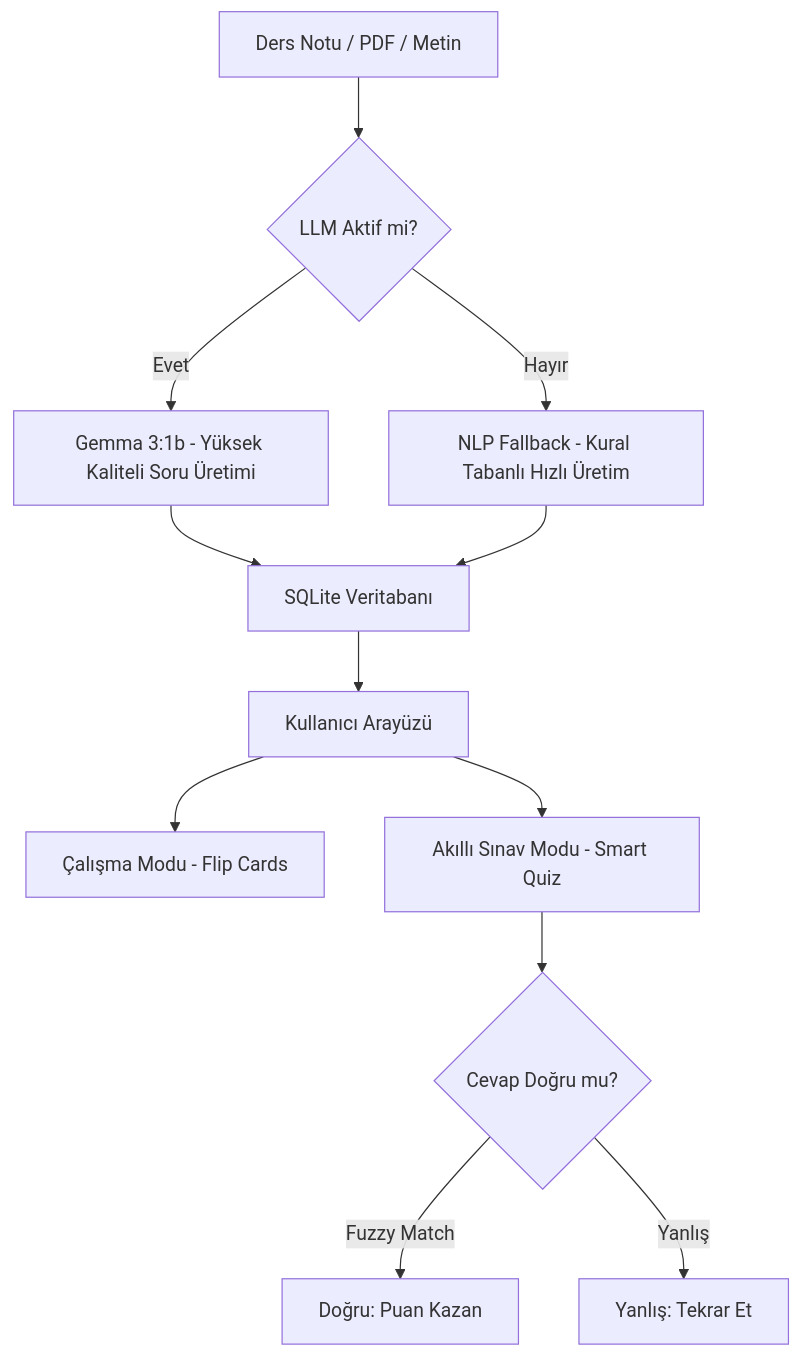
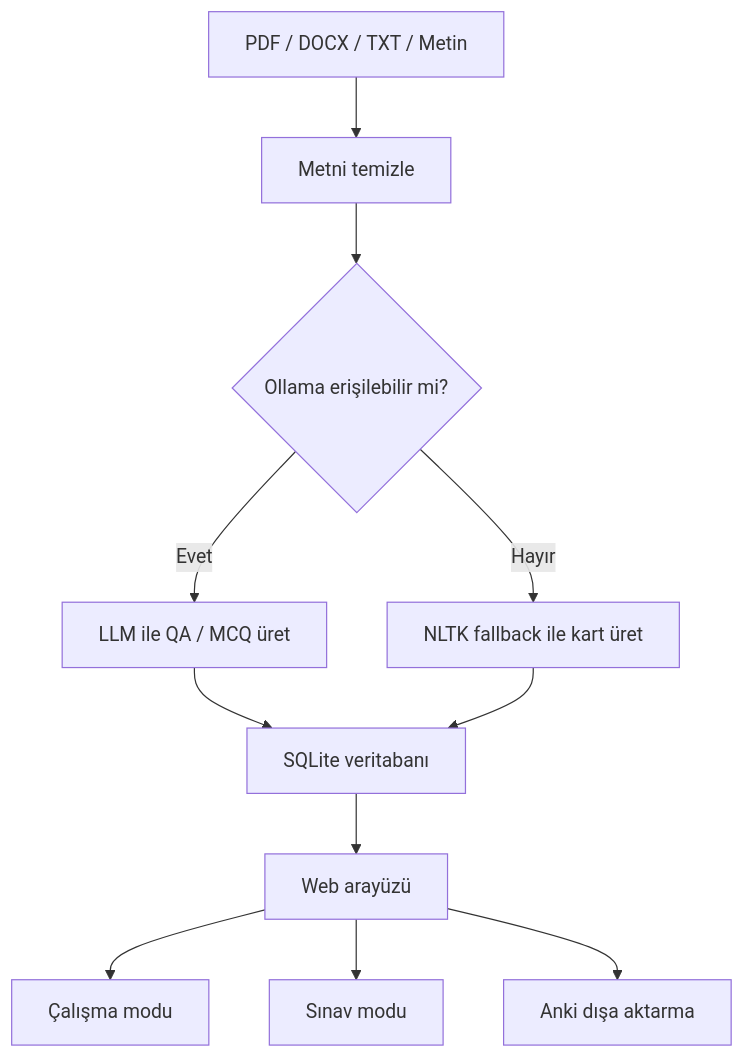
Before and after one commit to bessar2004/akilli-flashcard: the diagram in README.md, drawn with Mermaid. The commit also changed other lines of this file, not shown here.

````diff
--- a/README.md
+++ b/README.md
@@ -13,14 +109,13 @@
 ```mermaid
 graph TD
-    A[Ders Notu / PDF / Metin] --> B{LLM Aktif mi?}
-    B -- Evet --> C[Gemma 3:1b - Yüksek Kaliteli Soru Üretimi]
-    B -- Hayır --> D[NLP Fallback - Kural Tabanlı Hızlı Üretim]
-    C --> E[SQLite Veritabanı]
-    D --> E
-    E --> F[Kullanıcı Arayüzü]
-    F --> G[Çalışma Modu - Flip Cards]
-    F --> H[Akıllı Sınav Modu - Smart Quiz]
-    H --> I{Cevap Doğru mu?}
-    I -- Fuzzy Match --> J[Doğru: Puan Kazan]
-    I -- Yanlış --> K[Yanlış: Tekrar Et]
+    A[PDF / DOCX / TXT / Metin] --> B[Metni temizle]
+    B --> C{Ollama erişilebilir mi?}
+    C -- Evet --> D[LLM ile QA / MCQ üret]
+    C -- Hayır --> E[NLTK fallback ile kart üret]
+    D --> F[SQLite veritabanı]
+    E --> F
+    F --> G[Web arayüzü]
+    G --> H[Çalışma modu]
+    G --> I[Sınav modu]
+    G --> J[Anki dışa aktarma]
 ```
````
